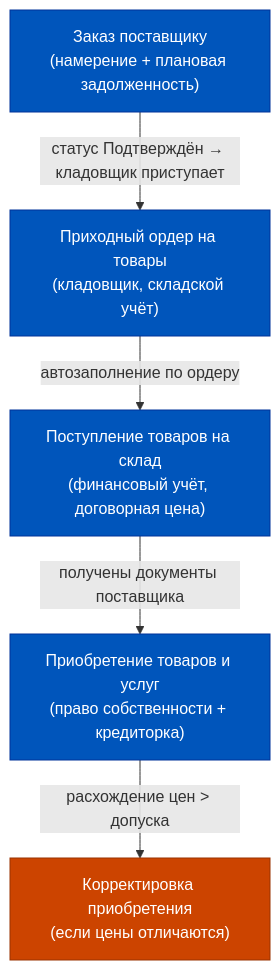
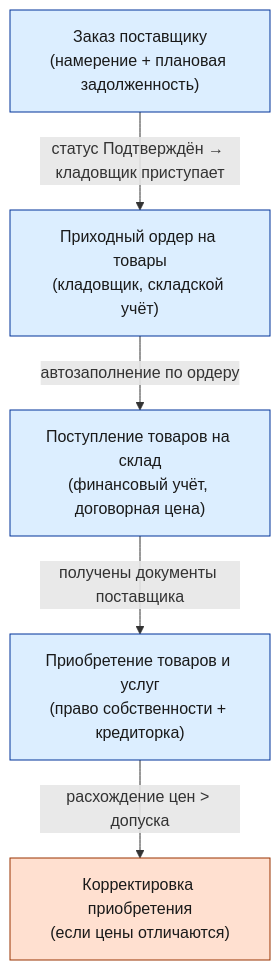
The first of 6 diagrams in content/1c-erp/week_3/Неделя 3 - День 1 - Закупки.md (murad1986/1c-erp-quartz), drawn with Mermaid before and after one commit. The commit also changed other lines of this file and 57 other files, not shown here.

First line of the commit message:
fix: Mermaid — пастельные цвета в источниках диаграмм (56 файлов)

````diff
--- a/content/1c-erp/week_3/Неделя 3 - День 1 - Закупки.md
+++ b/content/1c-erp/week_3/Неделя 3 - День 1 - Закупки.md
@@ -109,16 +109,16 @@
 ```mermaid
 flowchart TD
     A["Заказ поставщику<br/>(намерение + плановая задолженность)"]:::blue
     B["Приходный ордер на товары<br/>(кладовщик, складской учёт)"]:::blue
     C["Поступление товаров на склад<br/>(финансовый учёт, договорная цена)"]:::blue
     D["Приобретение товаров и услуг<br/>(право собственности + кредиторка)"]:::blue
     E["Корректировка приобретения<br/>(если цены отличаются)"]:::warn
 
     A -->|"статус Подтверждён → кладовщик приступает"| B
     B -->|"автозаполнение по ордеру"| C
     C -->|"получены документы поставщика"| D
     D -->|"расхождение цен > допуска"| E
 
-    classDef blue fill:#0055BB,color:#fff,stroke:#003399
-    classDef warn fill:#CC4400,color:#fff,stroke:#993300
+    classDef blue fill:#dceeff,color:#1a1a1a,stroke:#003399
+    classDef warn fill:#ffe0d0,color:#1a1a1a,stroke:#993300
 ```
````
